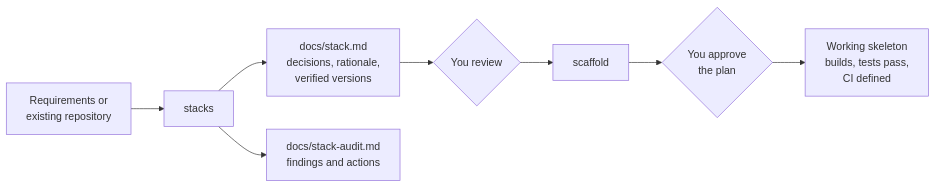
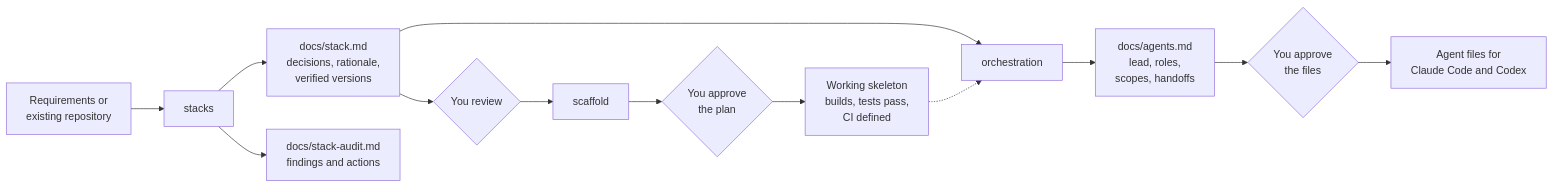
Before and after one commit to alefiengo/stacks: the diagram in README.md, drawn with Mermaid. The commit also changed other lines of this file and 27 other files, not shown here.

First line of the commit message:
feat: add orchestration skill to design the agent team for a stack (#5)

````diff
--- a/README.md
+++ b/README.md
@@ -24,10 +26,15 @@
 ```mermaid
 flowchart LR
     R["Requirements or<br/>existing repository"] --> S["stacks"]
     S --> D["docs/stack.md<br/>decisions, rationale,<br/>verified versions"]
     S --> A["docs/stack-audit.md<br/>findings and actions"]
     D --> Y{"You review"}
     Y --> C["scaffold"]
     C --> P{"You approve<br/>the plan"}
     P --> K["Working skeleton<br/>builds, tests pass,<br/>CI defined"]
+    D --> O["orchestration"]
+    K -.-> O
+    O --> T["docs/agents.md<br/>lead, roles,<br/>scopes, handoffs"]
+    T --> Q{"You approve<br/>the files"}
+    Q --> H["Agent files for<br/>Claude Code and Codex"]
 ```
````
